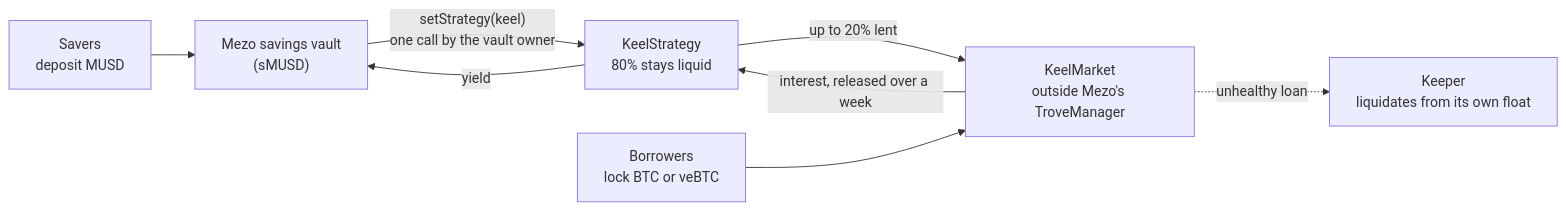
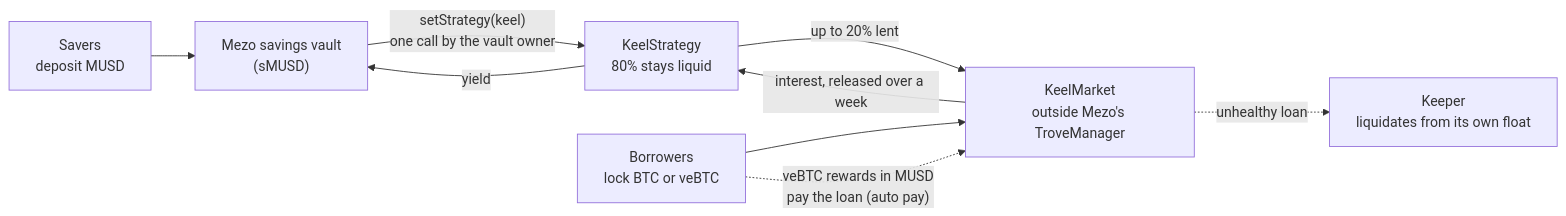
Before and after one commit to jenzylove/keel: the diagram in README.md, drawn with Mermaid. The commit also changed other lines of this file and 2 other files, not shown here.

Commit message:
README and deck for Wave 2: new mechanisms, verified contracts, corrected savings figure

````diff
--- a/README.md
+++ b/README.md
@@ -47,10 +50,11 @@
 ```mermaid
 flowchart LR
     S["Savers<br/>deposit MUSD"] --> V["Mezo savings vault<br/>(sMUSD)"]
     V -- "setStrategy(keel)<br/>one call by the vault owner" --> K["KeelStrategy<br/>80% stays liquid"]
     K -- "up to 20% lent" --> M["KeelMarket<br/>outside Mezo's TroveManager"]
     B["Borrowers<br/>lock BTC or veBTC"] --> M
     M -- "interest, released over a week" --> K
     K -- "yield" --> V
     M -. "unhealthy loan" .-> X["Keeper<br/>liquidates from its own float"]
+    B -. "veBTC rewards in MUSD<br/>pay the loan (auto pay)" .-> M
 ```
````
